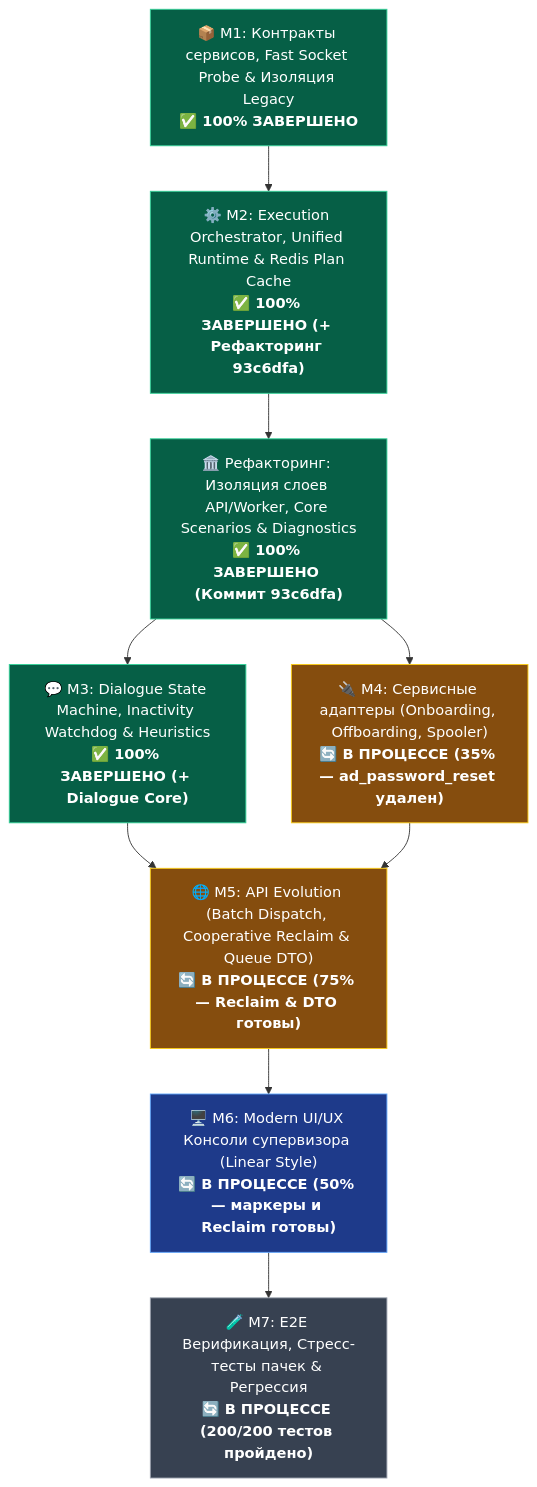
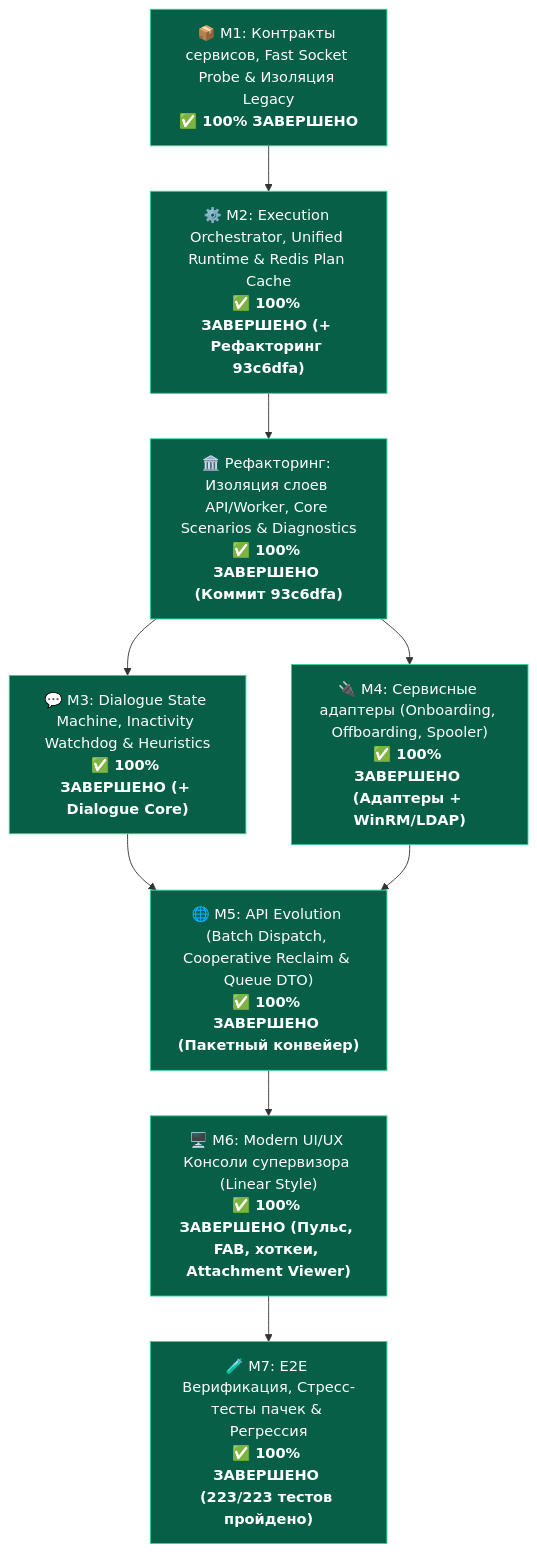
One commit to Unlesssebl/IntraLink changed the diagram in docs/plans/v2-universal-scenario-core-plan.md. Above: the diagram before and after it, drawn with Mermaid. The commit also changed other lines of this file and 7 other files, not shown here.

````diff
--- a/docs/plans/v2-universal-scenario-core-plan.md
+++ b/docs/plans/v2-universal-scenario-core-plan.md
@@ -41,29 +41,29 @@
 ```mermaid
 flowchart TD
     M1["📦 M1: Контракты сервисов, Fast Socket Probe & Изоляция Legacy<br/><b>✅ 100% ЗАВЕРШЕНО</b>"]
     M2["⚙️ M2: Execution Orchestrator, Unified Runtime & Redis Plan Cache<br/><b>✅ 100% ЗАВЕРШЕНО (+ Рефакторинг 93c6dfa)</b>"]
     M3["💬 M3: Dialogue State Machine, Inactivity Watchdog & Heuristics<br/><b>✅ 100% ЗАВЕРШЕНО (+ Dialogue Core)</b>"]
     ARCH["🏛️ Рефакторинг: Изоляция слоев API/Worker, Core Scenarios & Diagnostics<br/><b>✅ 100% ЗАВЕРШЕНО (Коммит 93c6dfa)</b>"]
-    M4["🔌 M4: Сервисные адаптеры (Onboarding, Offboarding, Spooler)<br/><b>🔄 В ПРОЦЕССЕ (35% — ad_password_reset удален)</b>"]
-    M5["🌐 M5: API Evolution (Batch Dispatch, Cooperative Reclaim & Queue DTO)<br/><b>🔄 В ПРОЦЕССЕ (75% — Reclaim & DTO готовы)</b>"]
-    M6["🖥️ M6: Modern UI/UX Консоли супервизора (Linear Style)<br/><b>🔄 В ПРОЦЕССЕ (50% — маркеры и Reclaim готовы)</b>"]
-    M7["🧪 M7: E2E Верификация, Стресс-тесты пачек & Регрессия<br/><b>🔄 В ПРОЦЕССЕ (200/200 тестов пройдено)</b>"]
+    M4["🔌 M4: Сервисные адаптеры (Onboarding, Offboarding, Spooler)<br/><b>✅ 100% ЗАВЕРШЕНО (Адаптеры + WinRM/LDAP)</b>"]
+    M5["🌐 M5: API Evolution (Batch Dispatch, Cooperative Reclaim & Queue DTO)<br/><b>✅ 100% ЗАВЕРШЕНО (Пакетный конвейер)</b>"]
+    M6["🖥️ M6: Modern UI/UX Консоли супервизора (Linear Style)<br/><b>✅ 100% ЗАВЕРШЕНО (Пульс, FAB, хоткеи, Attachment Viewer)</b>"]
+    M7["🧪 M7: E2E Верификация, Стресс-тесты пачек & Регрессия<br/><b>✅ 100% ЗАВЕРШЕНО (223/223 тестов пройдено)</b>"]
 
     M1 --> M2
     M2 --> ARCH
     ARCH --> M3
     ARCH --> M4
     M3 --> M5
     M4 --> M5
     M5 --> M6
     M6 --> M7
 
     style M1 fill:#065f46,stroke:#34d399,color:#fff
     style M2 fill:#065f46,stroke:#34d399,color:#fff
     style M3 fill:#065f46,stroke:#34d399,color:#fff
     style ARCH fill:#065f46,stroke:#34d399,color:#fff
-    style M4 fill:#854d0e,stroke:#facc15,color:#fff
-    style M5 fill:#854d0e,stroke:#facc15,color:#fff
-    style M6 fill:#1e3a8a,stroke:#60a5fa,color:#fff
-    style M7 fill:#374151,stroke:#9ca3af,color:#fff
+    style M4 fill:#065f46,stroke:#34d399,color:#fff
+    style M5 fill:#065f46,stroke:#34d399,color:#fff
+    style M6 fill:#065f46,stroke:#34d399,color:#fff
+    style M7 fill:#065f46,stroke:#34d399,color:#fff
 ```
````
